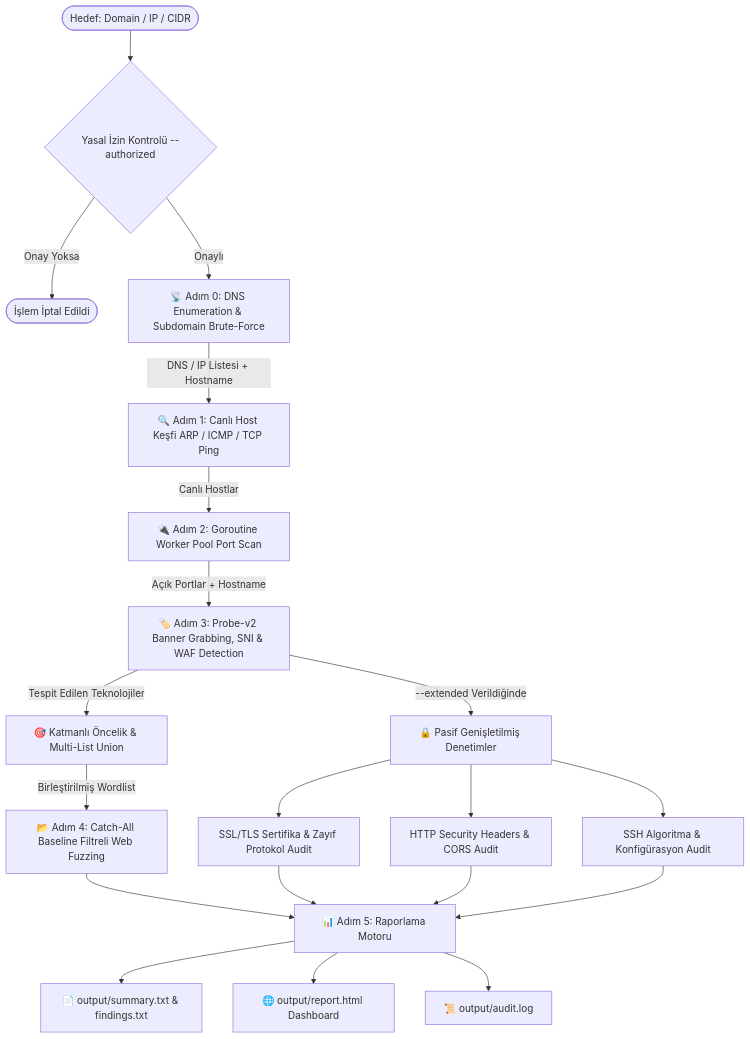
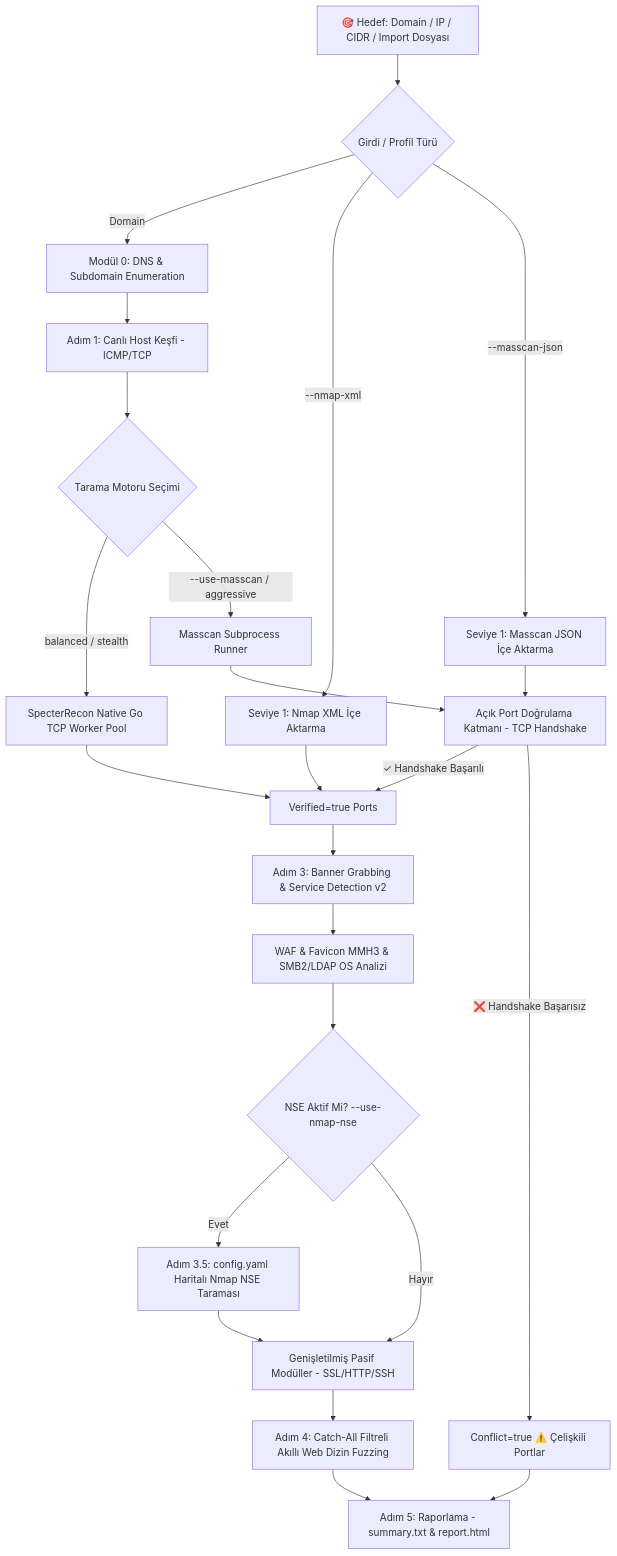
Before and after one commit to 1Ssalih/SpecterRecon: the diagram in README.md, drawn with Mermaid. The commit also changed other lines of this file and 7 other files, not shown here.

````diff
--- a/README.md
+++ b/README.md
@@ -164,27 +85,35 @@
 ```mermaid
 flowchart TD
-    START([Hedef: Domain / IP / CIDR]) --> SCOPE{Yasal İzin Kontrolü --authorized}
-    SCOPE -- Onay Yoksa --> STOP([İşlem İptal Edildi])
-    SCOPE -- Onaylı --> STEP0[📡 Adım 0: DNS Enumeration & Subdomain Brute-Force]
+    A[🎯 Hedef: Domain / IP / CIDR / Import Dosyası] --> B{Girdi / Profil Türü}
     
-    STEP0 -->|DNS / IP Listesi + Hostname| STEP1[🔍 Adım 1: Canlı Host Keşfi ARP / ICMP / TCP Ping]
-    STEP1 -->|Canlı Hostlar| STEP2[🔌 Adım 2: Goroutine Worker Pool Port Scan]
-    STEP2 -->|Açık Portlar + Hostname| STEP3[🏷️ Adım 3: Probe-v2 Banner Grabbing, SNI & WAF Detection]
+    B -->|Domain| C[Modül 0: DNS & Subdomain Enumeration]
+    B -->|--nmap-xml| D[Seviye 1: Nmap XML İçe Aktarma]
+    B -->|--masscan-json| E[Seviye 1: Masscan JSON İçe Aktarma]
     
-    STEP3 -->|Tespit Edilen Teknolojiler| TIER[🎯 Katmanlı Öncelik & Multi-List Union]
-    TIER -->|Birleştirilmiş Wordlist| STEP4[📂 Adım 4: Catch-All Baseline Filtreli Web Fuzzing]
+    C --> F[Adım 1: Canlı Host Keşfi - ICMP/TCP]
     
-    STEP3 -->|--extended Verildiğinde| EXT[🔒 Pasif Genişletilmiş Denetimler]
-    EXT --> EXT1[SSL/TLS Sertifika & Zayıf Protokol Audit]
-    EXT --> EXT2[HTTP Security Headers & CORS Audit]
-    EXT --> EXT3[SSH Algoritma & Konfigürasyon Audit]
+    F --> G{Tarama Motoru Seçimi}
+    G -->|balanced / stealth| H[SpecterRecon Native Go TCP Worker Pool]
+    G -->|--use-masscan / aggressive| I[Masscan Subprocess Runner]
     
-    STEP4 --> REPORT[📊 Adım 5: Raporlama Motoru]
-    EXT1 --> REPORT
-    EXT2 --> REPORT
-    EXT3 --> REPORT
+    E --> J[Açık Port Doğrulama Katmanı - TCP Handshake]
+    I --> J
     
-    REPORT --> OUT_TXT[📄 output/summary.txt & findings.txt]
-    REPORT --> OUT_HTML[🌐 output/report.html Dashboard]
-    REPORT --> OUT_LOG[📜 output/audit.log]
+    J -->|✓ Handshake Başarılı| K[Verified=true Ports]
+    J -->|❌ Handshake Başarısız| L[Conflict=true ⚠️ Çelişkili Portlar]
+    
+    H --> K
+    D --> K
+    
+    K --> M[Adım 3: Banner Grabbing & Service Detection v2]
+    M --> N[WAF & Favicon MMH3 & SMB2/LDAP OS Analizi]
+    
+    N --> O{NSE Aktif Mi? --use-nmap-nse}
+    O -->|Evet| P[Adım 3.5: config.yaml Haritalı Nmap NSE Taraması]
+    O -->|Hayır| Q[Genişletilmiş Pasif Modüller - SSL/HTTP/SSH]
+    P --> Q
+    
+    Q --> R[Adım 4: Catch-All Filtreli Akıllı Web Dizin Fuzzing]
+    R --> S[Adım 5: Raporlama - summary.txt & report.html]
+    L --> S
 ```
````
